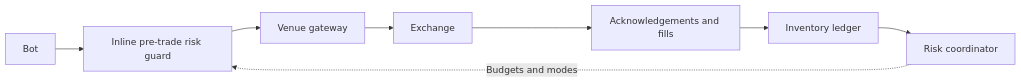
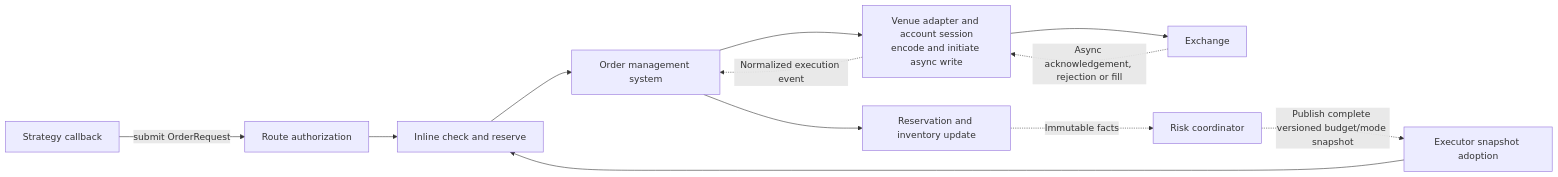
One commit to KomodorDev/project-AEGIS changed the second of 2 diagrams in docs/architecture.md. Above: the diagram before and after it, drawn with Mermaid. The commit also changed other lines of this file and 4 other files, not shown here.

Commit message:
Document architecture and data-plane execution

````diff
--- a/docs/architecture.md
+++ b/docs/architecture.md
@@ -218,11 +256,15 @@
 ```mermaid
 flowchart LR
-    B["Bot"] --> G["Inline pre-trade risk guard"]
-    G --> V["Venue gateway"]
+    B["Strategy callback"] -->|"submit OrderRequest"| A["Route authorization"]
+    A --> G["Inline check and reserve"]
+    G --> O["Order management system"]
+    O --> V["Venue adapter and account session<br/>encode and initiate async write"]
     V --> E["Exchange"]
 
-    C["Risk coordinator"] -. "Budgets and modes" .-> G
-    E --> F["Acknowledgements and fills"]
-    F --> L["Inventory ledger"]
-    L --> C
+    E -. "Async acknowledgement, rejection or fill" .-> V
+    V -. "Normalized execution event" .-> O
+    O --> L["Reservation and inventory update"]
+    L -. "Immutable facts" .-> C["Risk coordinator"]
+    C -. "Publish complete versioned budget/mode snapshot" .-> S["Executor snapshot adoption"]
+    S --> G
 ```
````
